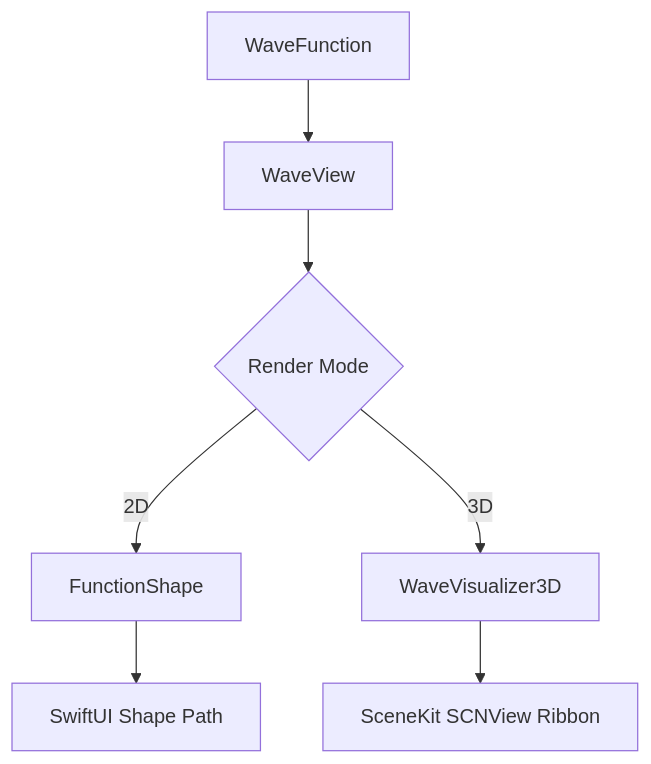
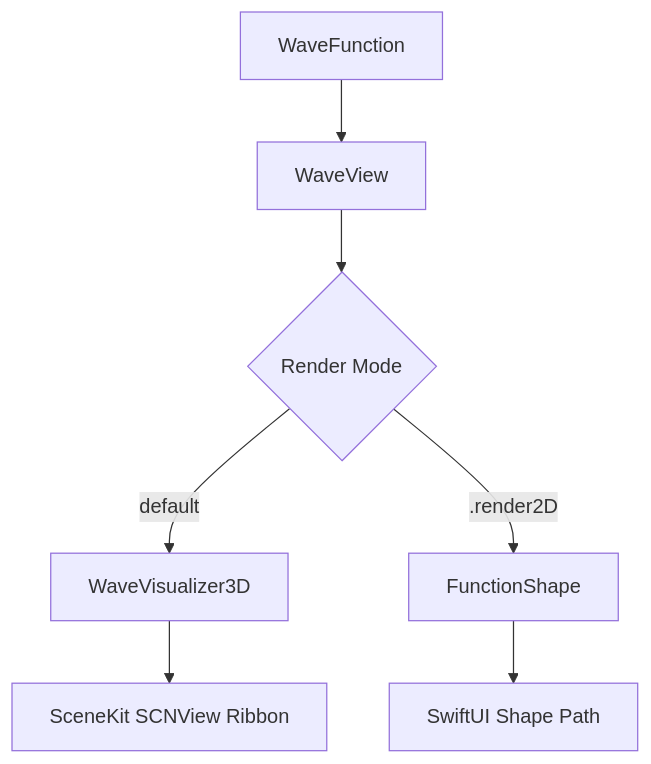
One commit to discombobulated-otter/SwiftWaveKit changed the diagram in README.md. Above: the diagram before and after it, drawn with Mermaid. The commit also changed other lines of this file, not shown here.

````diff
--- a/README.md
+++ b/README.md
@@ -58,9 +60,9 @@
 ```mermaid
 graph TD
     A[WaveFunction] --> B[WaveView]
     B --> C{Render Mode}
-    C -->|2D| D[FunctionShape]
-    C -->|3D| E[WaveVisualizer3D]
+    C -->|default| E[WaveVisualizer3D]
+    C -->|.render2D| D[FunctionShape]
     D --> F[SwiftUI Shape Path]
     E --> G[SceneKit SCNView Ribbon]
 ```
````
